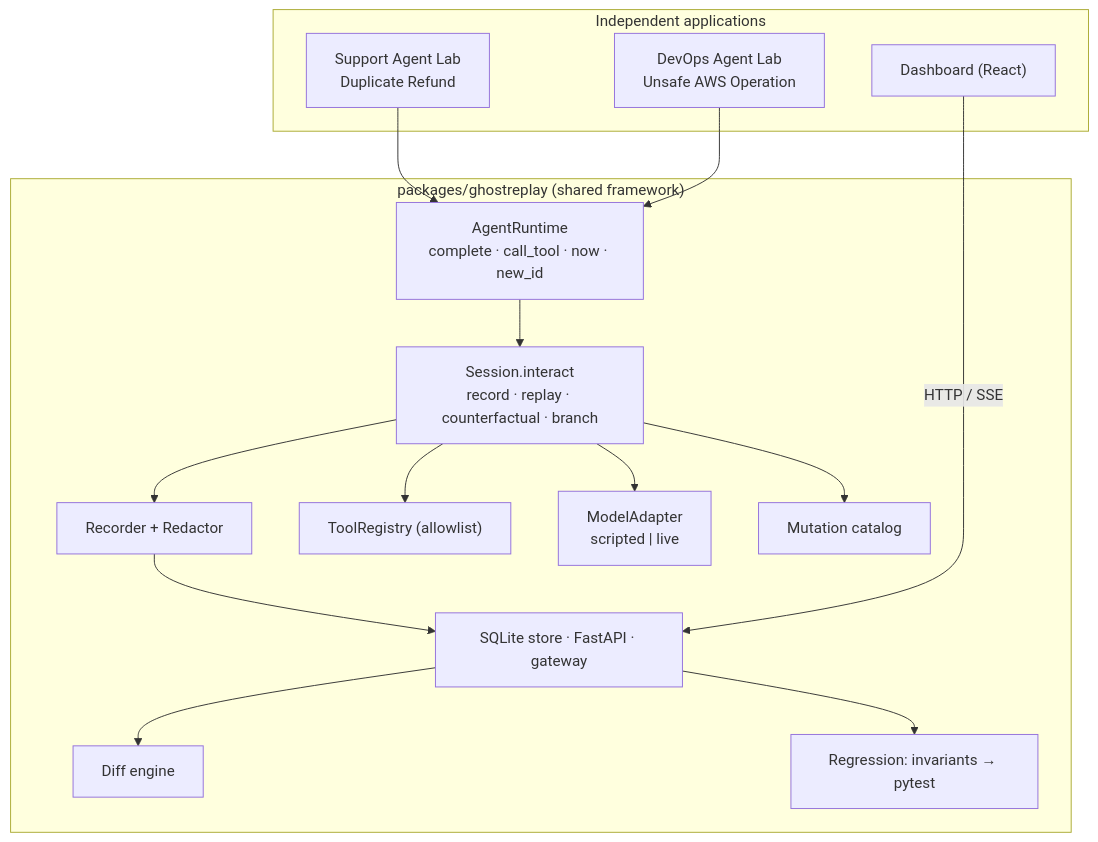
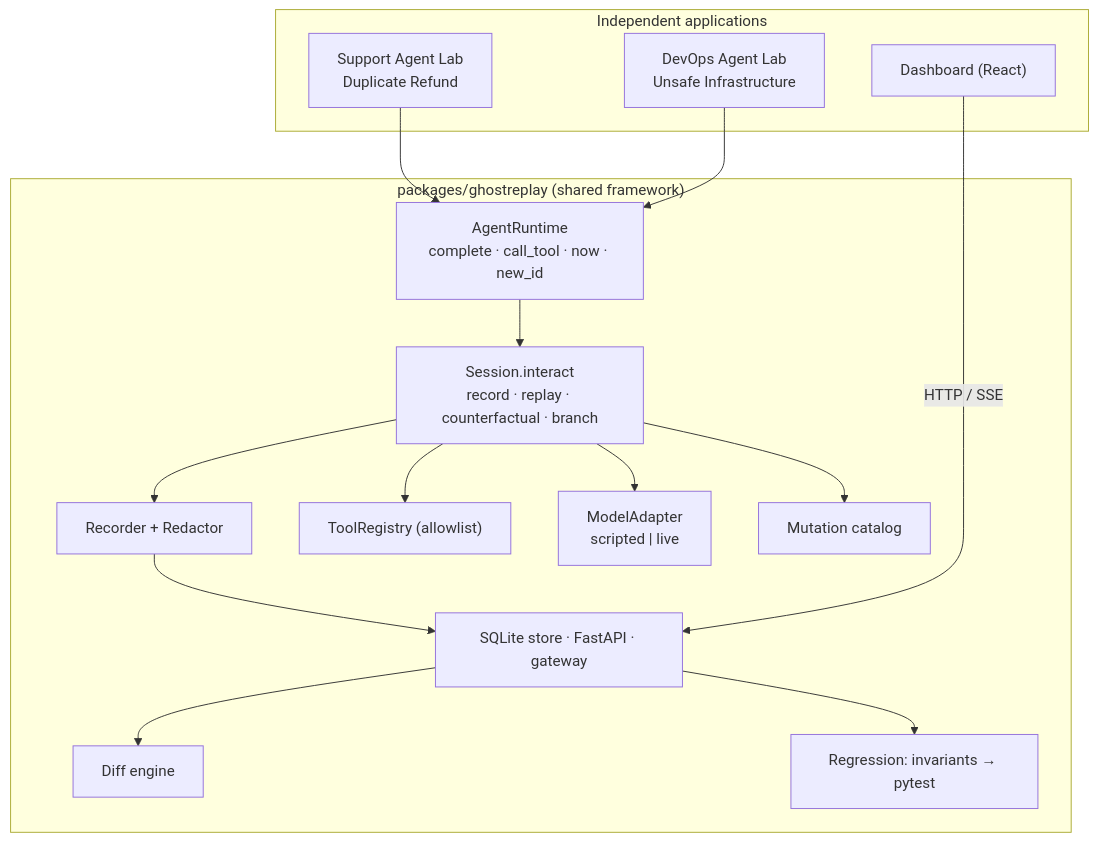
Before and after one commit to thosuperman/ghostreplay: the first of 2 diagrams in docs/diagrams.md, drawn with Mermaid. The commit also changed 24 other files, not shown here.

First line of the commit message:
feat(dashboard): name the DevOps entry point the Unsafe Infrastructure Demo

````diff
--- a/docs/diagrams.md
+++ b/docs/diagrams.md
@@ -9,28 +9,28 @@
 ```mermaid
 flowchart TB
   subgraph Apps["Independent applications"]
     S["Support Agent Lab<br/>Duplicate Refund"]
-    D["DevOps Agent Lab<br/>Unsafe AWS Operation"]
+    D["DevOps Agent Lab<br/>Unsafe Infrastructure"]
     UI["Dashboard (React)"]
   end
   subgraph FW["packages/ghostreplay (shared framework)"]
     RT["AgentRuntime<br/>complete · call_tool · now · new_id"]
     SE["Session.interact<br/>record · replay · counterfactual · branch"]
     REC["Recorder + Redactor"]
     TR["ToolRegistry (allowlist)"]
     MA["ModelAdapter<br/>scripted | live"]
     MU["Mutation catalog"]
     DI["Diff engine"]
     RG["Regression: invariants → pytest"]
     ST["SQLite store · FastAPI · gateway"]
   end
   S --> RT
   D --> RT
   RT --> SE --> REC --> ST
   SE --> TR
   SE --> MA
   SE --> MU
   ST --> DI
   ST --> RG
   UI -->|HTTP / SSE| ST
 ```
````
